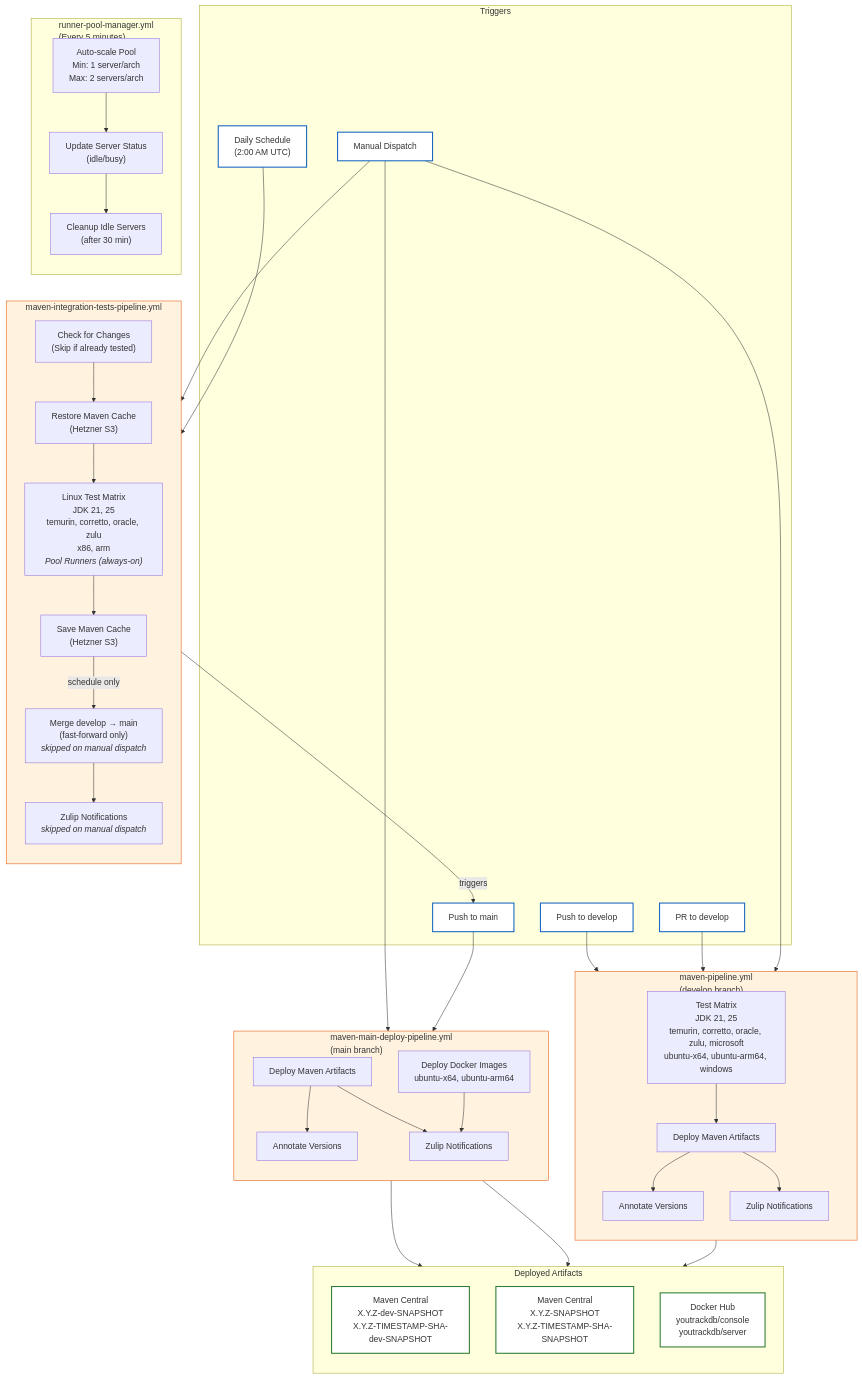
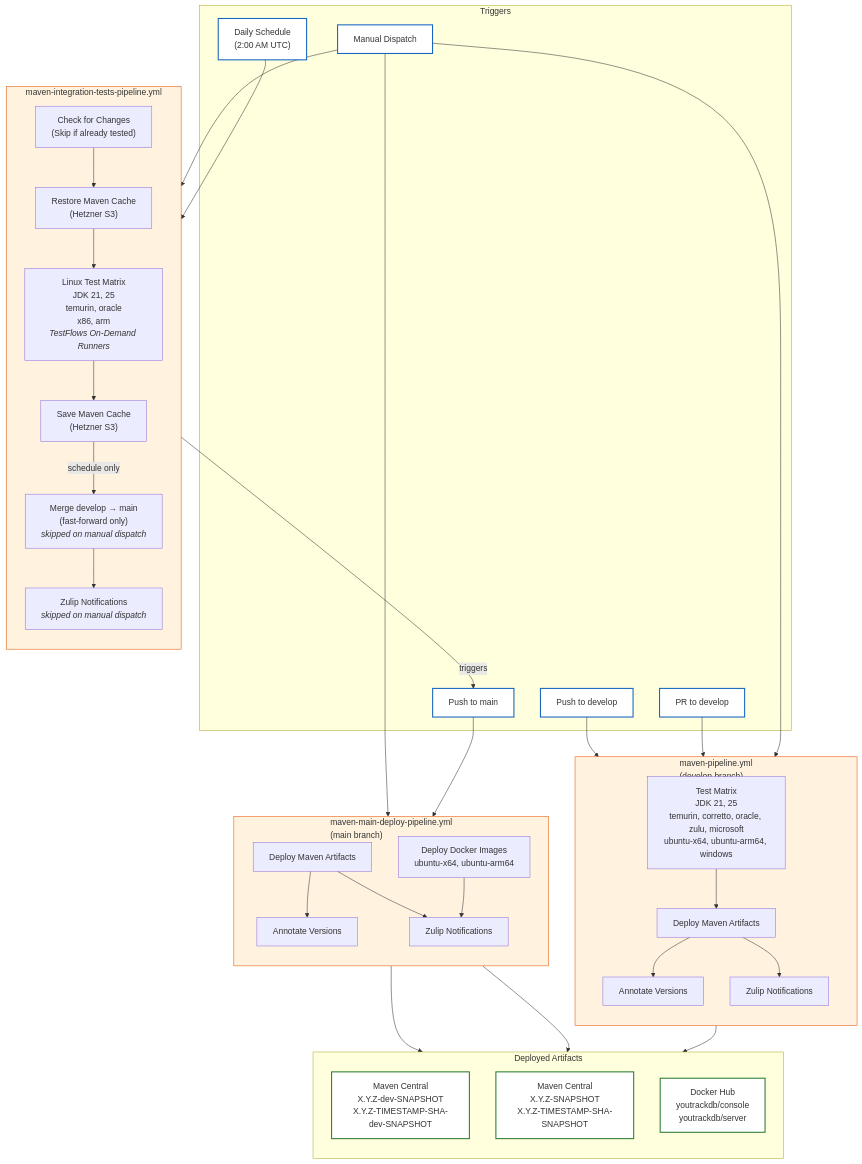
Before and after one commit to JetBrains/youtrackdb: the diagram in .github/workflows/ci-cd-diagram.md, drawn with Mermaid. The commit also changed other lines of this file and 8 other files, not shown here.

First line of the commit message:
YTDB-278: Replace custom runner pool with TestFlows orchestrator

```diff
--- a/.github/workflows/ci-cd-diagram.md
+++ b/.github/workflows/ci-cd-diagram.md
@@ -25,7 +25,7 @@
         direction TB
         it_check["Check for Changes<br/>(Skip if already tested)"]
         it_cache_restore["Restore Maven Cache<br/>(Hetzner S3)"]
-        it_test_linux["Linux Test Matrix<br/>JDK 21, 25<br/>temurin, corretto, oracle, zulu<br/>x86, arm<br/><i>Pool Runners (always-on)</i>"]
+        it_test_linux["Linux Test Matrix<br/>JDK 21, 25<br/>temurin, oracle<br/>x86, arm<br/><i>TestFlows On-Demand Runners</i>"]
         it_cache_save["Save Maven Cache<br/>(Hetzner S3)"]
         it_merge["Merge develop → main<br/>(fast-forward only)<br/><i>skipped on manual dispatch</i>"]
         it_notify["Zulip Notifications<br/><i>skipped on manual dispatch</i>"]
@@ -34,15 +34,6 @@
         it_test_linux --> it_cache_save
         it_cache_save -->|"schedule only"| it_merge
         it_merge --> it_notify
-    end
-
-    subgraph pool_manager["runner-pool-manager.yml<br/>(Every 5 minutes)"]
-        direction TB
-        pm_scale["Auto-scale Pool<br/>Min: 1 server/arch<br/>Max: 2 servers/arch"]
-        pm_status["Update Server Status<br/>(idle/busy)"]
-        pm_cleanup["Cleanup Idle Servers<br/>(after 30 min)"]
-        pm_scale --> pm_status
-        pm_status --> pm_cleanup
     end
 
     subgraph main_pipeline["maven-main-deploy-pipeline.yml<br/>(main branch)"]
```
